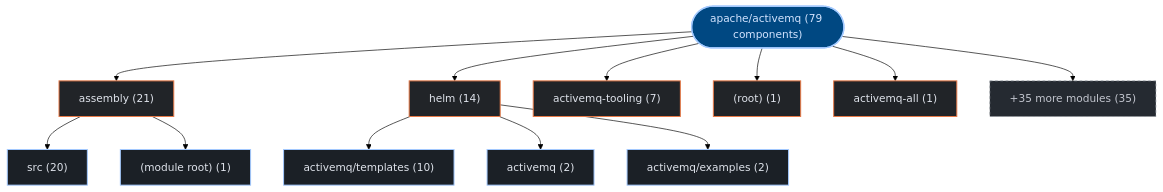
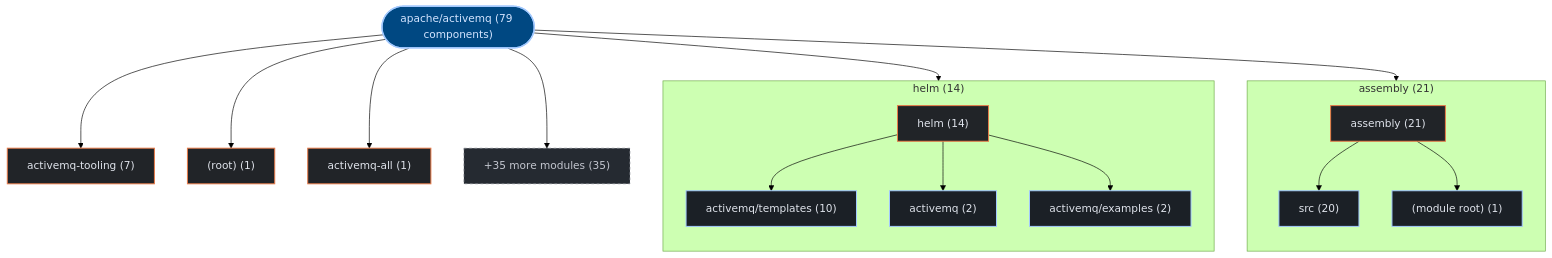
One commit to kumarshaz/atruss-code-atlas changed the first of 3 diagrams in exports/latest/reports/apache-activemq-report.md. Above: the diagram before and after it, drawn with Mermaid (forest theme). The commit also changed 178 other files, not shown here.

Commit message:
feat(ui,mermaid): upgrade to mermaid v12 + ELK layout, add orgs-summary + pagination, subgraph building blocks, fix tab alignment

````diff
--- a/exports/latest/reports/apache-activemq-report.md
+++ b/exports/latest/reports/apache-activemq-report.md
@@ -42,33 +42,39 @@
 ```mermaid
 graph TD;
   classDef atlasRoot fill:#004882,stroke:#a3c9ff,stroke-width:2px,color:#d3e4ff
   classDef atlasCategory fill:#212428,stroke:#E87A48,stroke-width:1.5px,color:#dfe3eb
   classDef atlasWorkflow fill:#1b2026,stroke:#a3c9ff,stroke-width:1.5px,color:#dfe3eb
   classDef atlasJob fill:#171c22,stroke:#8d9199,stroke-width:1px,color:#dfe3eb
   classDef atlasTarget fill:#005227,stroke:#8bd99b,stroke-width:1.5px,color:#a7f6b6
   classDef atlasAlert fill:#93000a,stroke:#ffb4ab,stroke-width:1.5px,color:#ffdad6
   classDef atlasMore fill:#252a31,stroke:#8d9199,stroke-dasharray:4 4,color:#c3c6cf
     repo_root(["apache/activemq (79 components)"]):::atlasRoot
-    dir_0_assembly["assembly (21)"]:::atlasCategory
+    subgraph sg_dir_0_assembly["assembly (21)"]
+      direction TB
+      dir_0_assembly["assembly (21)"]:::atlasCategory
+      sub_0_0_src["src (20)"]:::atlasWorkflow
+      dir_0_assembly --> sub_0_0_src
+      sub_0_1__module_root_["(module root) (1)"]:::atlasWorkflow
+      dir_0_assembly --> sub_0_1__module_root_
+    end
     repo_root --> dir_0_assembly
-    sub_0_0_src["src (20)"]:::atlasWorkflow
-    dir_0_assembly --> sub_0_0_src
-    sub_0_1__module_root_["(module root) (1)"]:::atlasWorkflow
-    dir_0_assembly --> sub_0_1__module_root_
-    dir_1_helm["helm (14)"]:::atlasCategory
+    subgraph sg_dir_1_helm["helm (14)"]
+      direction TB
+      dir_1_helm["helm (14)"]:::atlasCategory
+      sub_1_0_activemq_templates["activemq/templates (10)"]:::atlasWorkflow
+      dir_1_helm --> sub_1_0_activemq_templates
+      sub_1_1_activemq["activemq (2)"]:::atlasWorkflow
+      dir_1_helm --> sub_1_1_activemq
+      sub_1_2_activemq_examples["activemq/examples (2)"]:::atlasWorkflow
+      dir_1_helm --> sub_1_2_activemq_examples
+    end
     repo_root --> dir_1_helm
-    sub_1_0_activemq_templates["activemq/templates (10)"]:::atlasWorkflow
-    dir_1_helm --> sub_1_0_activemq_templates
-    sub_1_1_activemq["activemq (2)"]:::atlasWorkflow
-    dir_1_helm --> sub_1_1_activemq
-    sub_1_2_activemq_examples["activemq/examples (2)"]:::atlasWorkflow
-    dir_1_helm --> sub_1_2_activemq_examples
     dir_2_activemq_tooling["activemq-tooling (7)"]:::atlasCategory
     repo_root --> dir_2_activemq_tooling
     dir_3__root_["(root) (1)"]:::atlasCategory
     repo_root --> dir_3__root_
     dir_4_activemq_all["activemq-all (1)"]:::atlasCategory
     repo_root --> dir_4_activemq_all
     dir_other_modules["+35 more modules (35)"]:::atlasMore
     repo_root --> dir_other_modules
 ```
````
